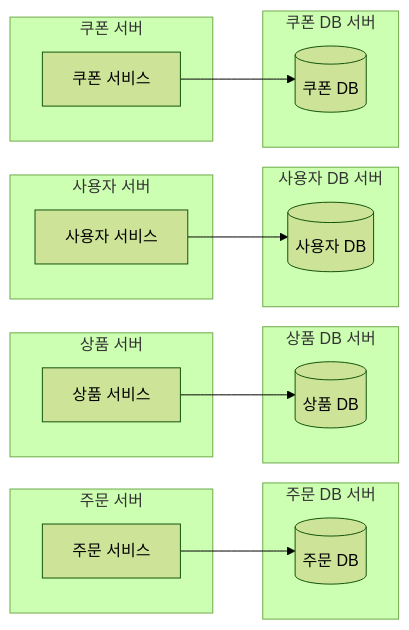
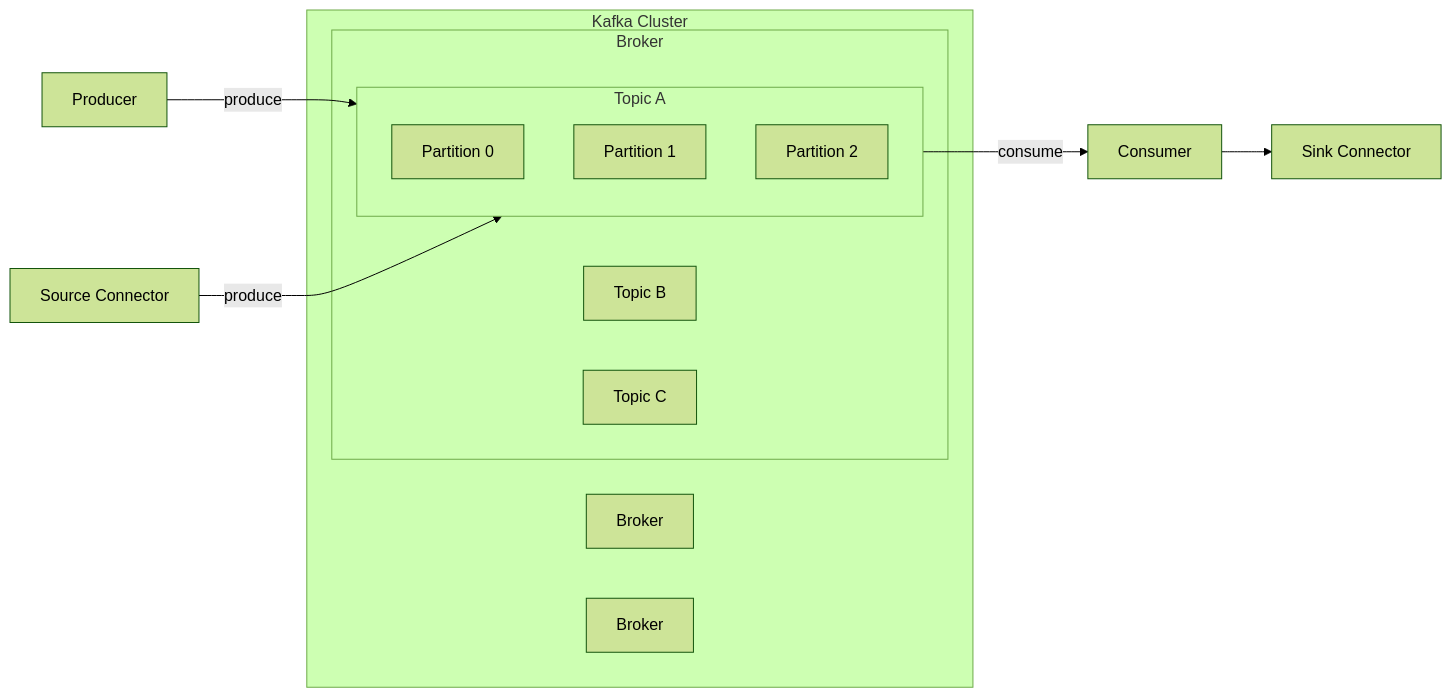
Before and after one commit to gyunammy/ecommerce: the diagram in README.md, drawn with Mermaid (forest theme). The commit also changed other lines of this file, not shown here.

Commit message:
docs: kafka 학습 문서 작성

````diff
--- a/README.md
+++ b/README.md
@@ -30,40 +32,32 @@
 ```mermaid
 flowchart LR
-subgraph OrderServer[주문 서버]
-OrderSvc[주문 서비스]
-end
+    Producer[Producer]
+    SourceConn[Source Connector]
 
-    subgraph OrderDBServer[주문 DB 서버]
-        OrderDB[(주문 DB)]
+
+    subgraph Cluster[Kafka Cluster]
+        subgraph Broker1[Broker]
+            subgraph TopicA[Topic A]
+                P0[Partition 0]
+                P1[Partition 1]
+                P2[Partition 2]
+            end
+            TopicB[Topic B]
+            TopicC[Topic C]
+        end
+        Broker2[Broker]
+        Broker3[Broker]
     end
 
-    subgraph ProductServer[상품 서버]
-        ProductSvc[상품 서비스]
-    end
 
-    subgraph ProductDBServer[상품 DB 서버]
-        ProductDB[(상품 DB)]
-    end
+    Consumer[Consumer]
+    SinkConn[Sink Connector]
 
-    subgraph UserServer[사용자 서버]
-        UserSvc[사용자 서비스]
-    end
 
-    subgraph UserDBServer[사용자 DB 서버]
-        UserDB[(사용자 DB)]
-    end
+    Producer -->|produce| TopicA
+    SourceConn -->|produce| TopicA
 
-    subgraph CouponServer[쿠폰 서버]
-        CouponSvc[쿠폰 서비스]
-    end
 
-    subgraph CouponDBServer[쿠폰 DB 서버]
-        CouponDB[(쿠폰 DB)]
-    end
-
-    %% 서비스별 DB 연결만 표시
-    OrderSvc --> OrderDB
-    ProductSvc --> ProductDB
-    UserSvc --> UserDB
-    CouponSvc --> CouponDB
+    TopicA -->|consume| Consumer
+    Consumer --> SinkConn
 ```
````
